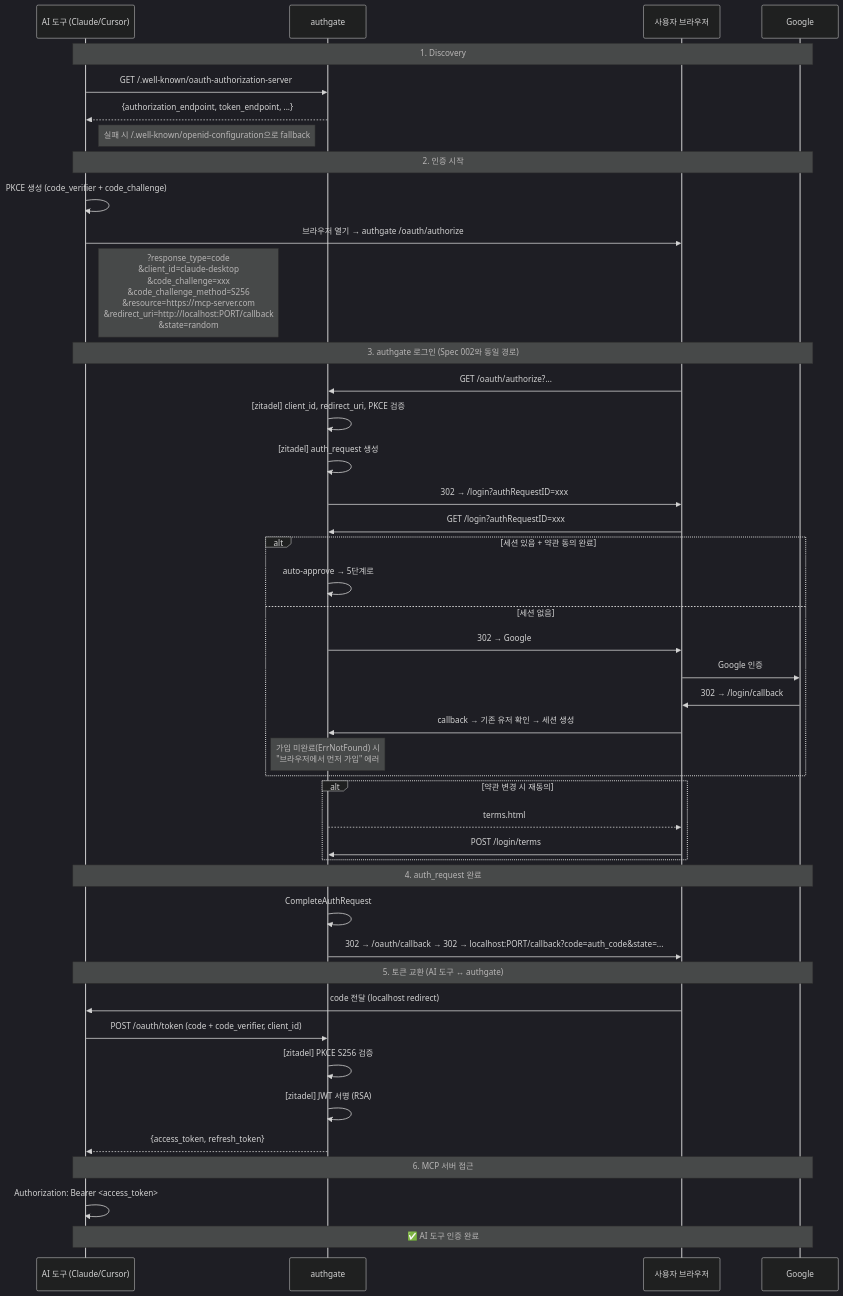
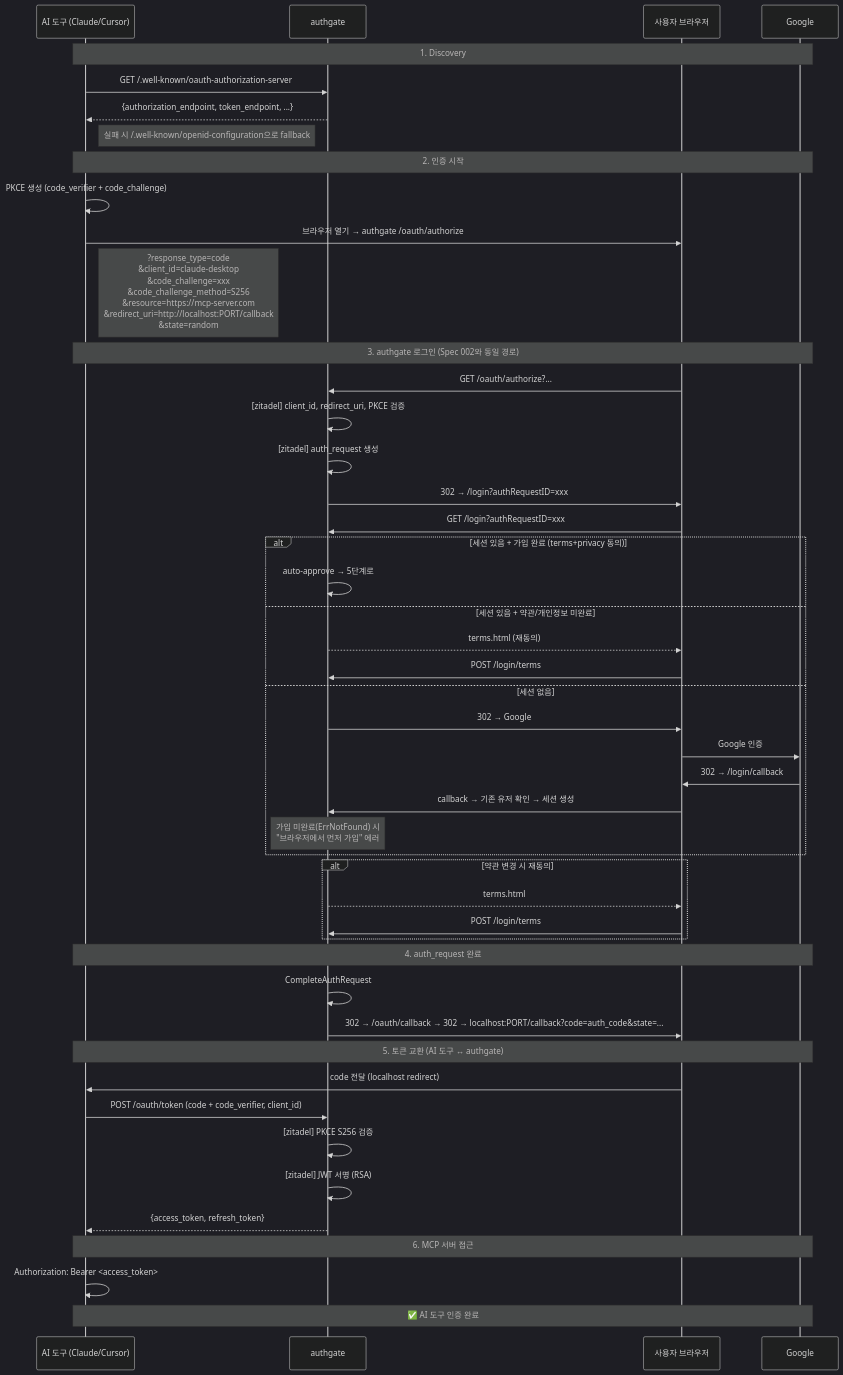
One commit to cagojeiger/authgate changed the diagram in docs/spec/004-mcp-login.md. Above: the diagram before and after it, drawn with Mermaid (dark theme). The commit also changed 5 other files, not shown here.

First line of the commit message:
docs: fix 8 contradictions — session+terms gate, privacy condition, README flow

````diff
--- a/docs/spec/004-mcp-login.md
+++ b/docs/spec/004-mcp-login.md
@@ -69,54 +69,57 @@
 ```mermaid
 sequenceDiagram
     participant AI as AI 도구 (Claude/Cursor)
     participant AG as authgate
     participant U as 사용자 브라우저
     participant G as Google
 
     Note over AI,G: 1. Discovery
     AI->>AG: GET /.well-known/oauth-authorization-server
     AG-->>AI: {authorization_endpoint, token_endpoint, ...}
     Note right of AI: 실패 시 /.well-known/openid-configuration으로 fallback
 
     Note over AI,G: 2. 인증 시작
     AI->>AI: PKCE 생성 (code_verifier + code_challenge)
     AI->>U: 브라우저 열기 → authgate /oauth/authorize
     Note right of AI: ?response_type=code<br/>&client_id=claude-desktop<br/>&code_challenge=xxx<br/>&code_challenge_method=S256<br/>&resource=https://mcp-server.com<br/>&redirect_uri=http://localhost:PORT/callback<br/>&state=random
 
     Note over AI,G: 3. authgate 로그인 (Spec 002와 동일 경로)
     U->>AG: GET /oauth/authorize?...
     AG->>AG: [zitadel] client_id, redirect_uri, PKCE 검증
     AG->>AG: [zitadel] auth_request 생성
     AG->>U: 302 → /login?authRequestID=xxx
 
     U->>AG: GET /login?authRequestID=xxx
-    alt 세션 있음 + 약관 동의 완료
+    alt 세션 있음 + 가입 완료 (terms+privacy 동의)
         AG->>AG: auto-approve → 5단계로
+    else 세션 있음 + 약관/개인정보 미완료
+        AG-->>U: terms.html (재동의)
+        U->>AG: POST /login/terms
     else 세션 없음
         AG->>U: 302 → Google
         U->>G: Google 인증
         G->>U: 302 → /login/callback
         U->>AG: callback → 기존 유저 확인 → 세션 생성
         Note over AG: 가입 미완료(ErrNotFound) 시<br/>"브라우저에서 먼저 가입" 에러
     end
 
     alt 약관 변경 시 재동의
         AG-->>U: terms.html
         U->>AG: POST /login/terms
     end
 
     Note over AI,G: 4. auth_request 완료
     AG->>AG: CompleteAuthRequest
     AG->>U: 302 → /oauth/callback → 302 → localhost:PORT/callback?code=auth_code&state=...
 
     Note over AI,G: 5. 토큰 교환 (AI 도구 ↔ authgate)
     U->>AI: code 전달 (localhost redirect)
     AI->>AG: POST /oauth/token (code + code_verifier, client_id)
     AG->>AG: [zitadel] PKCE S256 검증
     AG->>AG: [zitadel] JWT 서명 (RSA)
     AG-->>AI: {access_token, refresh_token}
 
     Note over AI,G: 6. MCP 서버 접근
     AI->>AI: Authorization: Bearer <access_token>
     Note over AI,G: ✅ AI 도구 인증 완료
 ```
````
